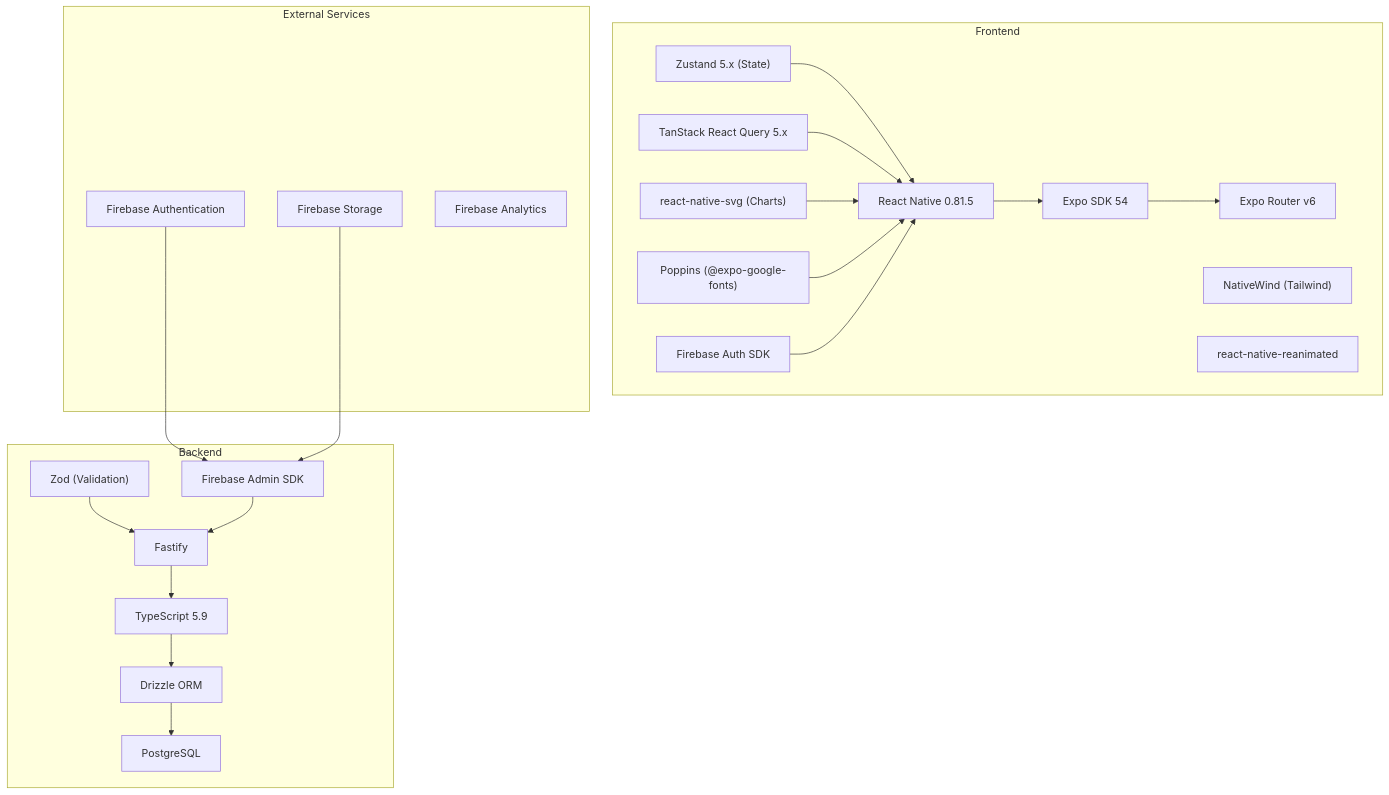
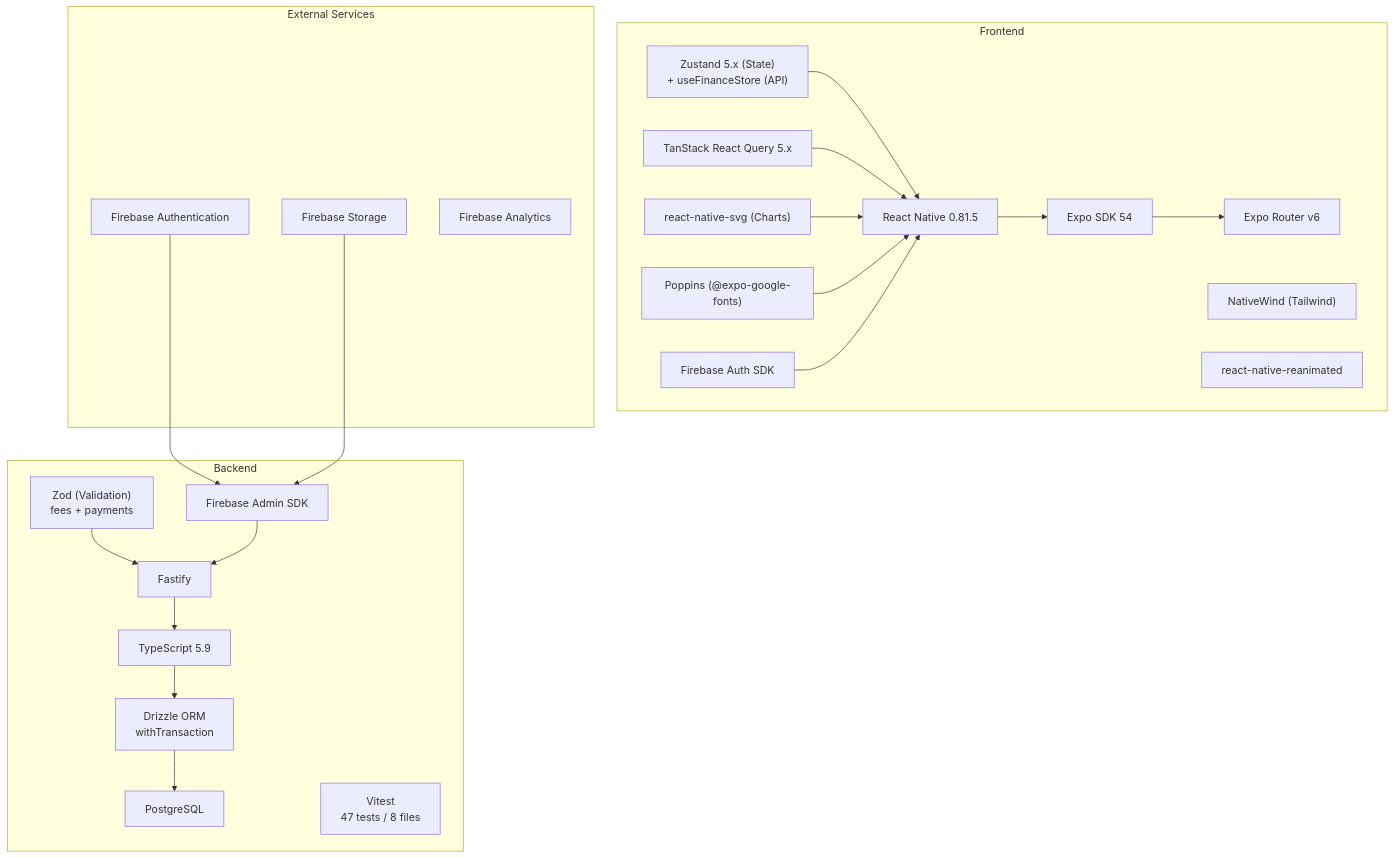
Before and after one commit to schoolsolutionfound/schoolerpsystem: diagram 12 of 15 in ARCHITECTURE.md, drawn with Mermaid. The commit also changed other lines of this file and 186 other files, not shown here.

````diff
--- a/ARCHITECTURE.md
+++ b/ARCHITECTURE.md
@@ -920,43 +1010,44 @@
 ```mermaid
 graph TB
     subgraph Frontend["Frontend"]
         RN["React Native 0.81.5"]
         EXPO["Expo SDK 54"]
         ROUTER["Expo Router v6"]
-        ZUSTAND["Zustand 5.x (State)"]
+        ZUSTAND["Zustand 5.x (State)<br/>+ useFinanceStore (API)"]
         RQ["TanStack React Query 5.x"]
         NATIVEWIND["NativeWind (Tailwind)"]
         REANIMATED["react-native-reanimated"]
         SVG["react-native-svg (Charts)"]
         FONT["Poppins (@expo-google-fonts)"]
         FIREBASE["Firebase Auth SDK"]
     end
 
     subgraph Backend["Backend"]
         FASTIFY["Fastify"]
         TS["TypeScript 5.9"]
-        DRIZZLE["Drizzle ORM"]
+        DRIZZLE["Drizzle ORM<br/>withTransaction"]
         PG["PostgreSQL"]
-        ZOD["Zod (Validation)"]
+        ZOD["Zod (Validation)<br/>fees + payments"]
         FIREBAE_ADMIN["Firebase Admin SDK"]
+        VITEST["Vitest<br/>47 tests / 8 files"]
     end
 
     subgraph External["External Services"]
         FIREBASE_AUTH["Firebase Authentication"]
         FIREBASE_STORAGE["Firebase Storage"]
         FIREBASE_ANALYTICS["Firebase Analytics"]
     end
 
     RN --> EXPO --> ROUTER
     ZUSTAND --> RN
     RQ --> RN
     SVG --> RN
     FONT --> RN
     FIREBASE --> RN
 
     FASTIFY --> TS --> DRIZZLE --> PG
     ZOD --> FASTIFY
     FIREBAE_ADMIN --> FASTIFY
     FIREBASE_AUTH --> FIREBAE_ADMIN
     FIREBASE_STORAGE --> FIREBAE_ADMIN
 ```
````
